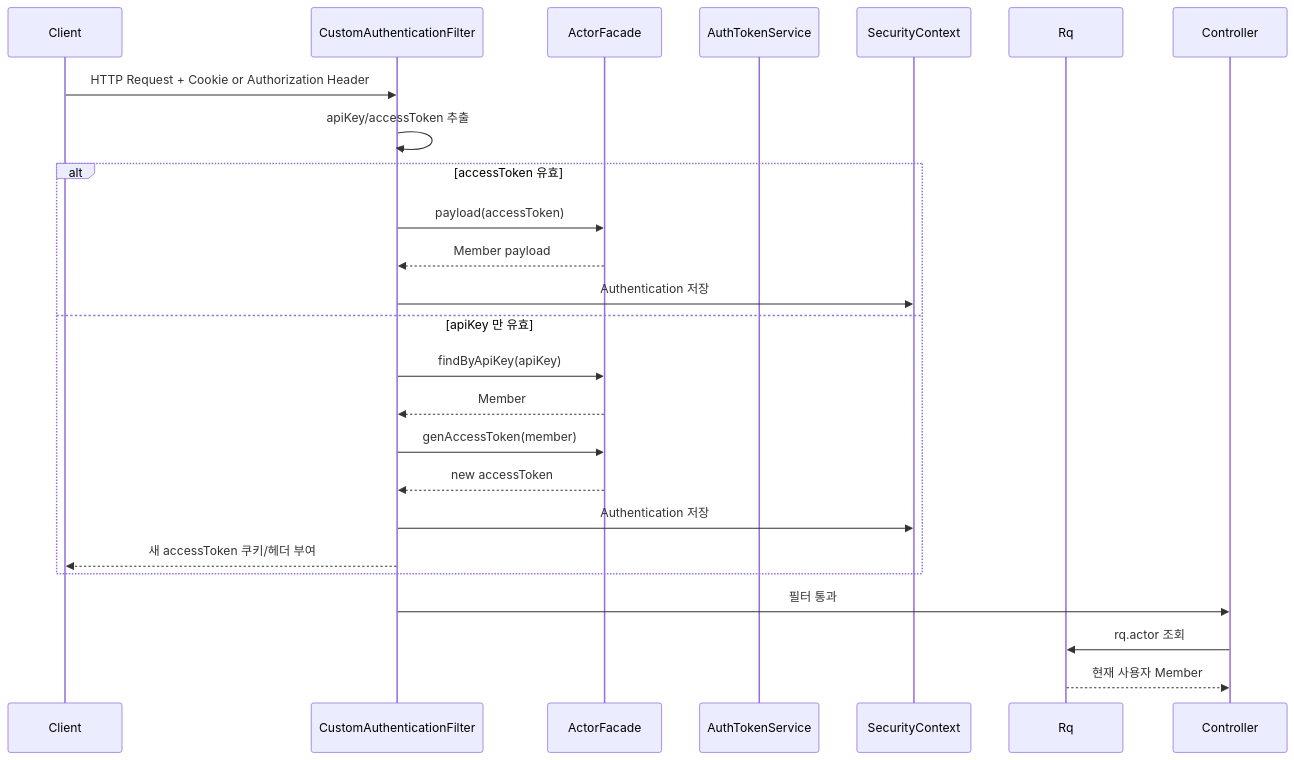
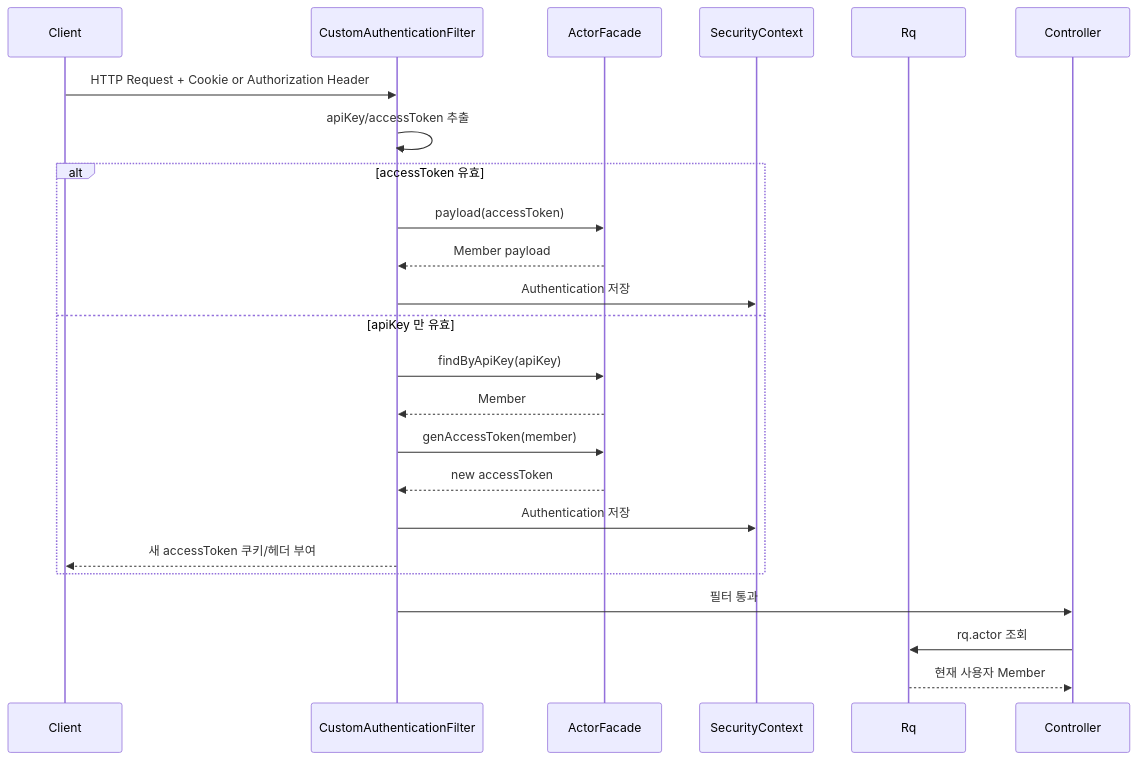
The third of 7 diagrams in README.md (AquilaXk/aquila-blog), drawn with Mermaid before and after one commit. The commit also changed other lines of this file, not shown here.

````diff
--- a/README.md
+++ b/README.md
@@ -523,28 +523,27 @@
 ```mermaid
 sequenceDiagram
     participant C as Client
     participant F as CustomAuthenticationFilter
     participant A as ActorFacade
-    participant J as AuthTokenService
     participant S as SecurityContext
     participant R as Rq
     participant CT as Controller
 
     C->>F: HTTP Request + Cookie or Authorization Header
     F->>F: apiKey/accessToken 추출
     alt accessToken 유효
         F->>A: payload(accessToken)
         A-->>F: Member payload
         F->>S: Authentication 저장
     else apiKey 만 유효
         F->>A: findByApiKey(apiKey)
         A-->>F: Member
         F->>A: genAccessToken(member)
         A-->>F: new accessToken
         F->>S: Authentication 저장
         F-->>C: 새 accessToken 쿠키/헤더 부여
     end
     F->>CT: 필터 통과
     CT->>R: rq.actor 조회
     R-->>CT: 현재 사용자 Member
 ```
````
